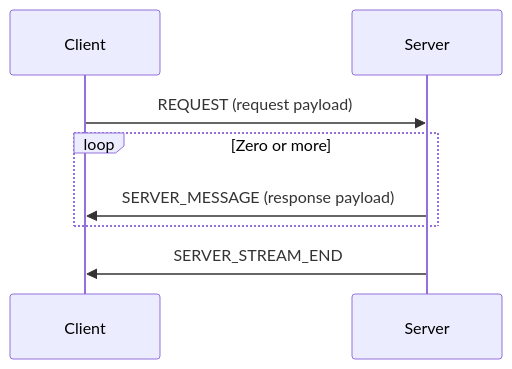
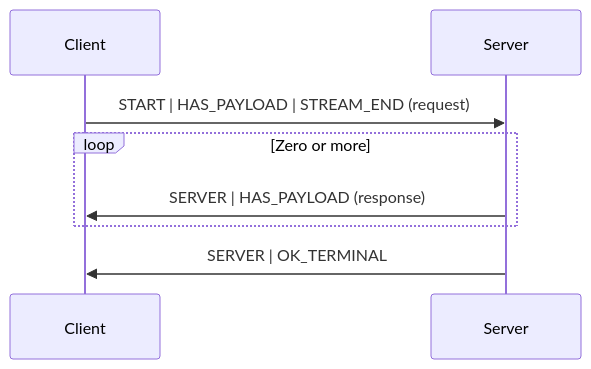
Before and after one commit to chromium-full-mirror/chromiumos_third_party_pigweed_pigweed: the third of 5 diagrams in pw_rpc2/protocol.rst, drawn with Mermaid. The commit also changed other lines of this file and 55 other files, not shown here.

```diff
--- a/pw_rpc2/protocol.rst
+++ b/pw_rpc2/protocol.rst
@@ -128,13 +130,13 @@
 .. mermaid::
    :alt: Server streaming RPC packet sequence
    :align: center
 
    sequenceDiagram
        participant C as Client
        participant S as Server
 
-       C->>S: REQUEST (request payload)
+       C->>S: START | HAS_PAYLOAD | STREAM_END (request)
        loop Zero or more
-           S->>C: SERVER_MESSAGE (response payload)
+           S->>C: SERVER | HAS_PAYLOAD (response)
        end
-       S->>C: SERVER_STREAM_END
+       S->>C: SERVER | OK_TERMINAL
```
